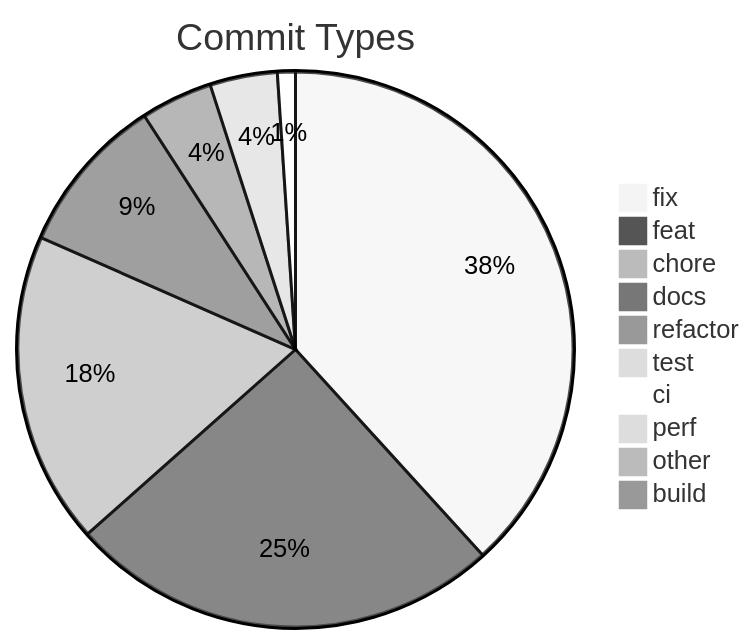
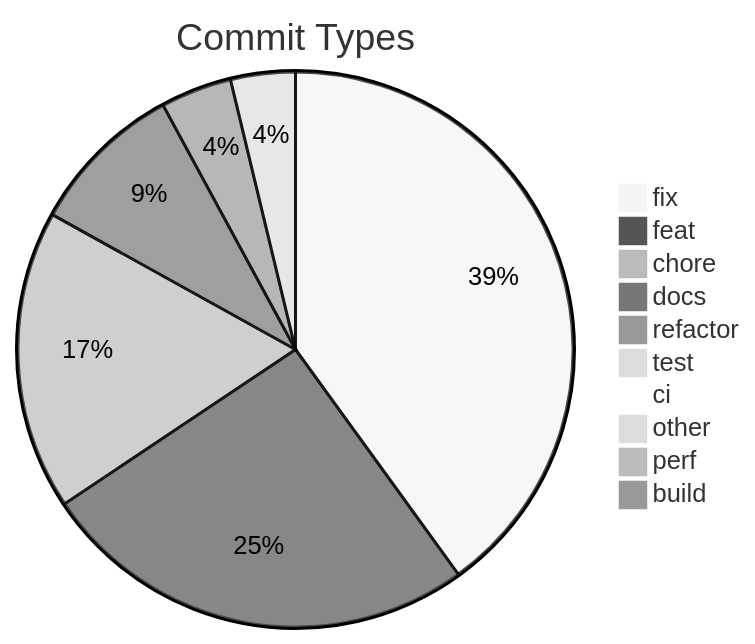
Before and after one commit to svenroth-ai/shipwright-webui: the diagram in .shipwright/compliance/change-history.md, drawn with Mermaid (neutral theme). The commit also changed other lines of this file and 95 other files, not shown here.

````diff
--- a/.shipwright/compliance/change-history.md
+++ b/.shipwright/compliance/change-history.md
@@ -10,13 +10,13 @@
 ```mermaid
 pie title Commit Types
-    "fix" : 293
-    "feat" : 193
+    "fix" : 319
+    "feat" : 204
     "chore" : 139
-    "docs" : 71
-    "refactor" : 32
+    "docs" : 72
+    "refactor" : 33
     "test" : 30
     "ci" : 8
+    "other" : 6
     "perf" : 5
-    "other" : 4
     "build" : 1
 ```
````
